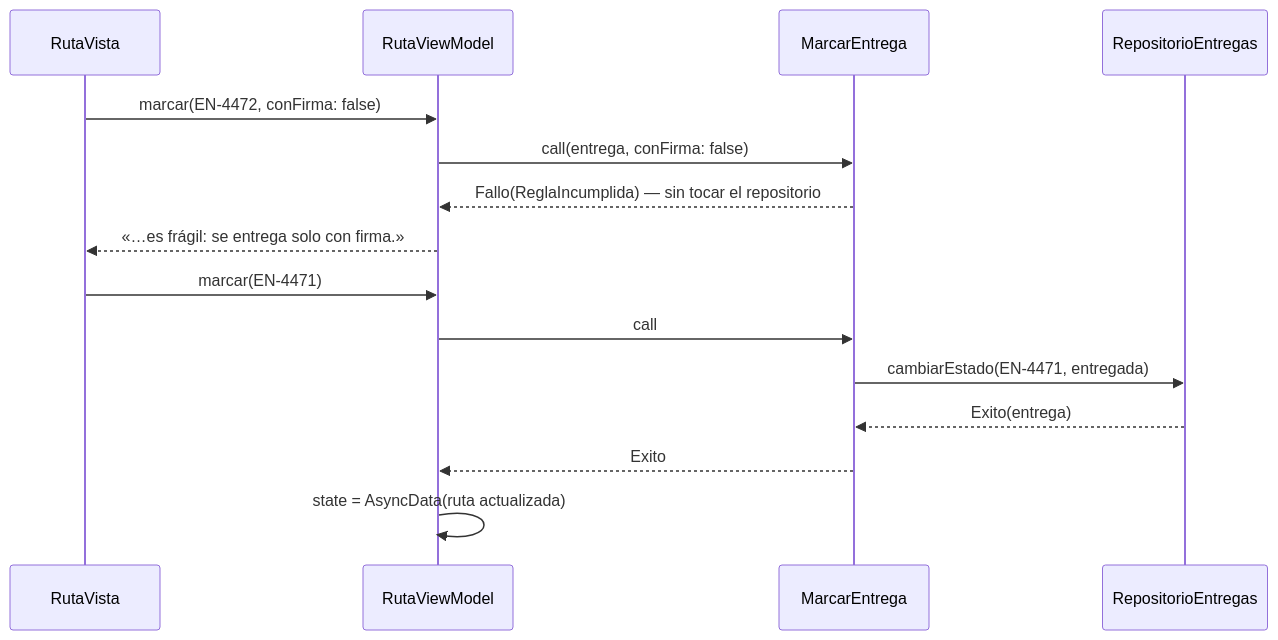
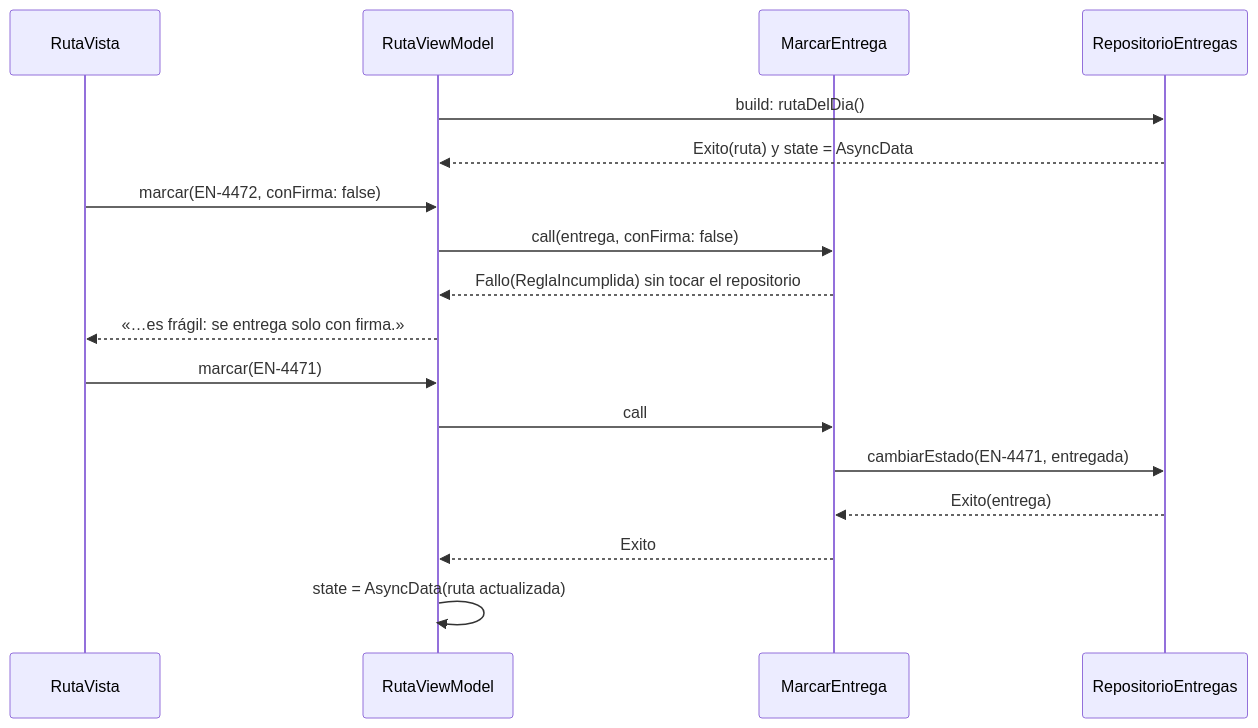
Before and after one commit to NICORUIZ93/The_Imperial_Book: the third of 4 diagrams in web/public/content/flutter/modulo-12.md, drawn with Mermaid. The commit also changed other lines of this file and 65 other files, not shown here.

````diff
--- a/web/public/content/flutter/modulo-12.md
+++ b/web/public/content/flutter/modulo-12.md
@@ -1039,17 +1323,19 @@
 ```mermaid
 sequenceDiagram
     participant V as RutaVista
     participant VM as RutaViewModel
     participant CU as MarcarEntrega
     participant R as RepositorioEntregas
+    VM->>R: build: rutaDelDia()
+    R-->>VM: Exito(ruta) y state = AsyncData
     V->>VM: marcar(EN-4472, conFirma: false)
     VM->>CU: call(entrega, conFirma: false)
-    CU-->>VM: Fallo(ReglaIncumplida) — sin tocar el repositorio
+    CU-->>VM: Fallo(ReglaIncumplida) sin tocar el repositorio
     VM-->>V: «…es frágil: se entrega solo con firma.»
     V->>VM: marcar(EN-4471)
     VM->>CU: call
     CU->>R: cambiarEstado(EN-4471, entregada)
     R-->>CU: Exito(entrega)
     CU-->>VM: Exito
     VM->>VM: state = AsyncData(ruta actualizada)
 ```
````
